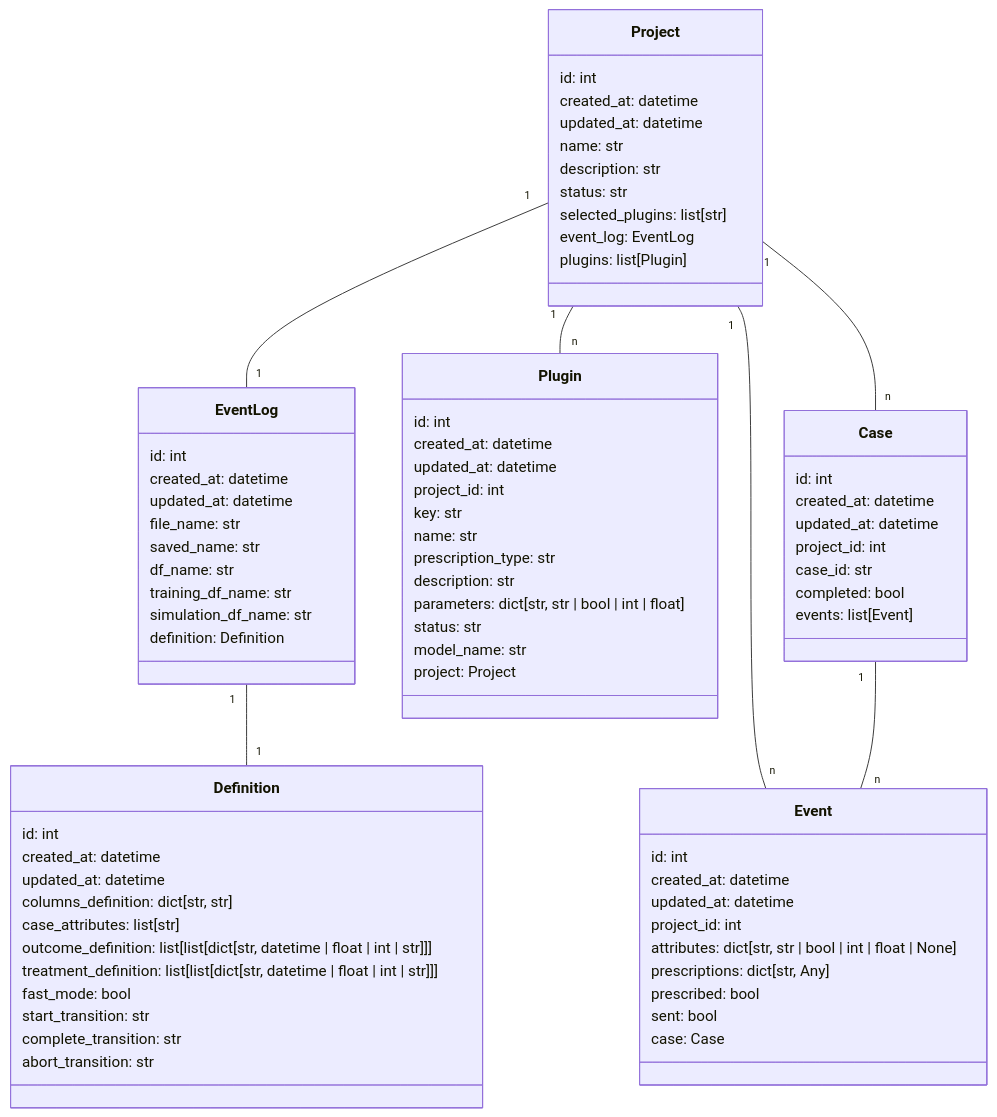
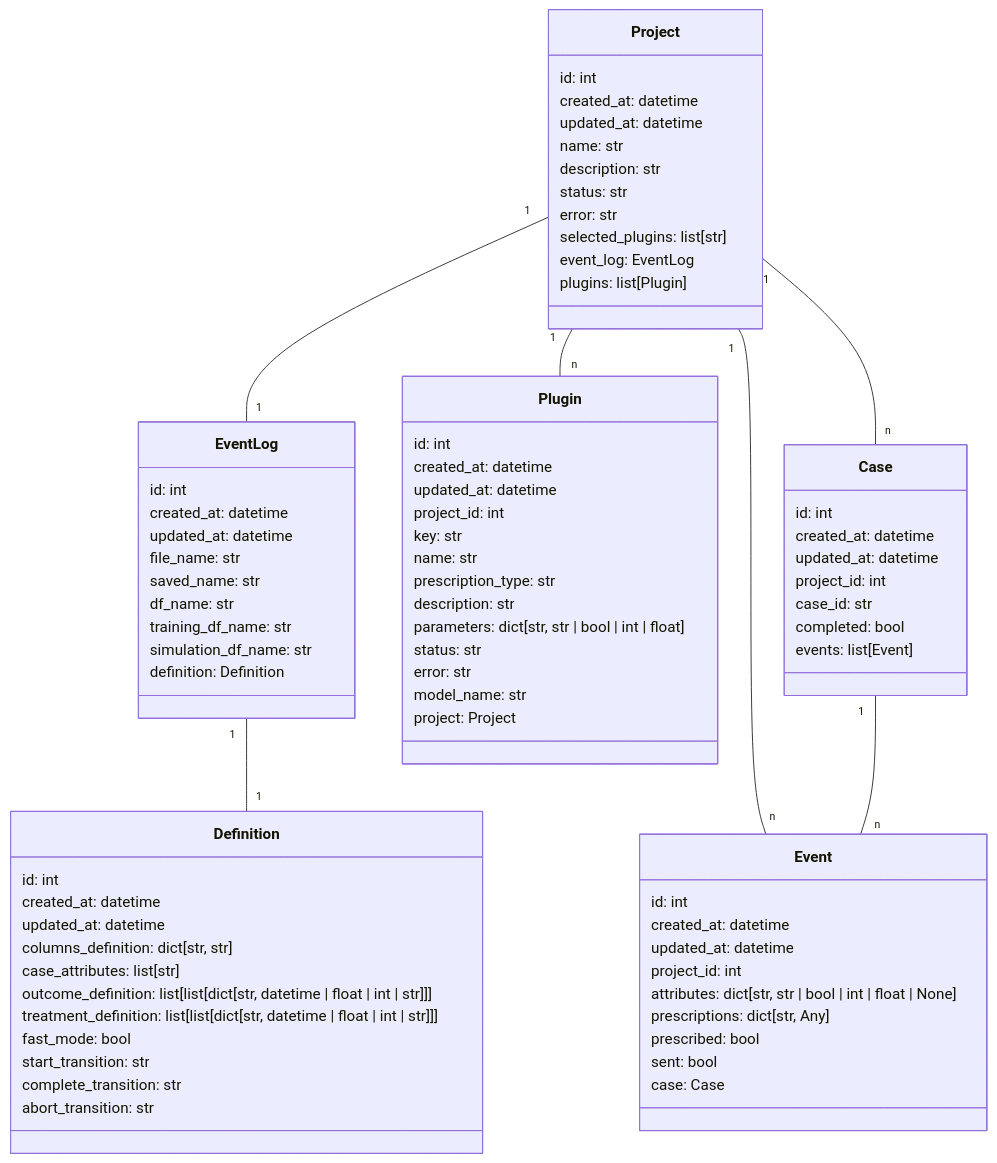
The diagram in content/development/core/class-diagram.md (prcore/docs), drawn with Mermaid before and after one commit. The commit also changed 8 other files, not shown here.

```diff
--- a/content/development/core/class-diagram.md
+++ b/content/development/core/class-diagram.md
@@ -48,6 +48,7 @@
         name: str
         description: str
         status: str
+        error: str
         selected_plugins: list[str]
         event_log: EventLog
         plugins: list[Plugin]
@@ -64,6 +65,7 @@
         description: str
         parameters: dict[str, str | bool | int | float]
         status: str
+        error: str
         model_name: str
         project: Project
     }
```
